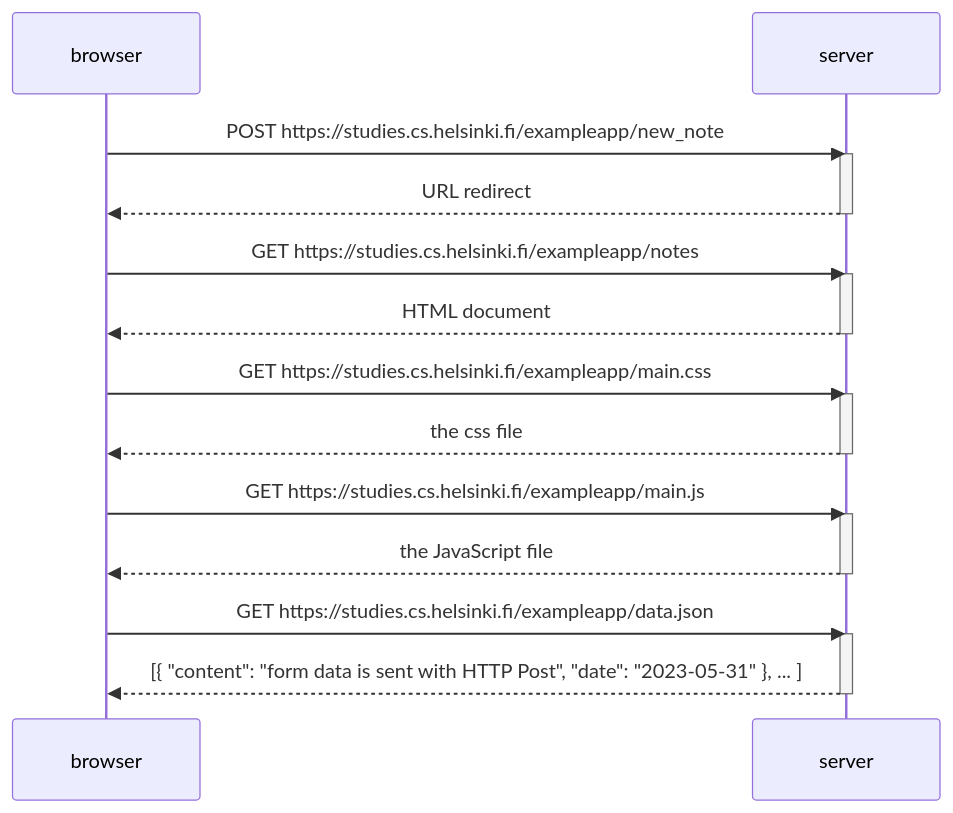
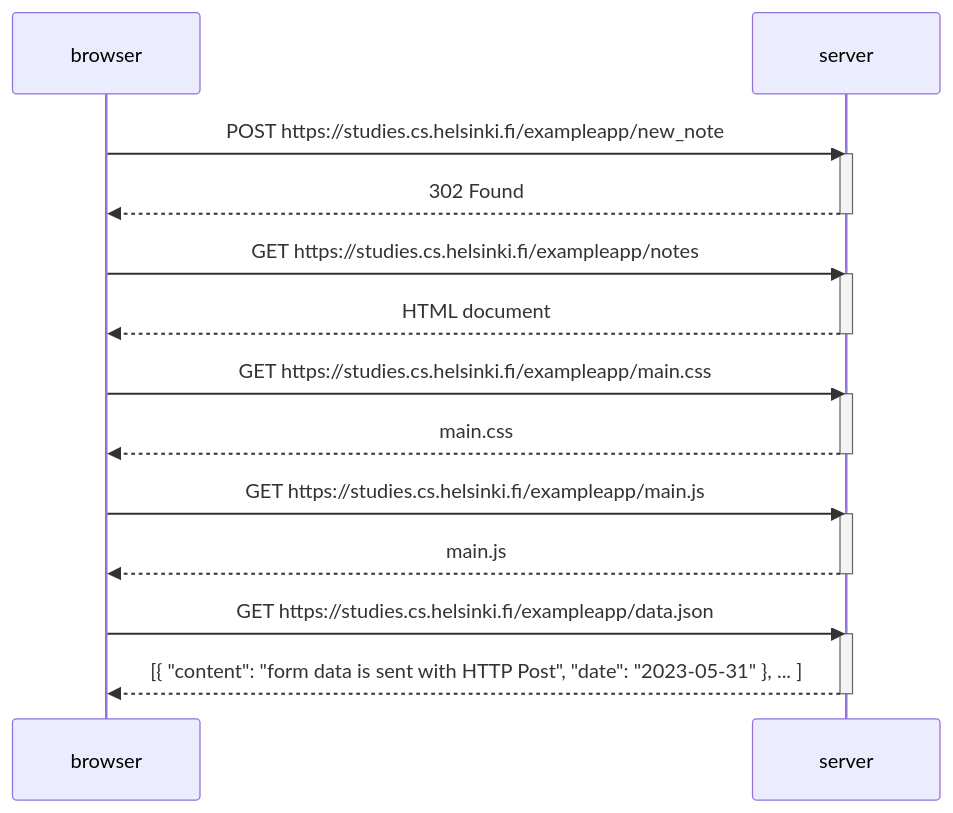
The diagram in part0/note.md (joekbullard/helsinki-mooc), drawn with Mermaid before and after one commit.

````diff
--- a/part0/note.md
+++ b/part0/note.md
@@ -1,31 +1,31 @@
 ```mermaid
 sequenceDiagram
     participant browser
     participant server
     
     browser->>server: POST https://studies.cs.helsinki.fi/exampleapp/new_note
     activate server
-    server-->>browser: URL redirect
+    server-->>browser: 302 Found
     deactivate server
     
     browser->>server: GET https://studies.cs.helsinki.fi/exampleapp/notes
     activate server
     server-->>browser: HTML document
     deactivate server
     
     browser->>server: GET https://studies.cs.helsinki.fi/exampleapp/main.css
     activate server
-    server-->>browser: the css file
+    server-->>browser: main.css
     deactivate server
 
     browser->>server: GET https://studies.cs.helsinki.fi/exampleapp/main.js
     activate server
-    server-->>browser: the JavaScript file
+    server-->>browser: main.js
     deactivate server
     
     browser->>server: GET https://studies.cs.helsinki.fi/exampleapp/data.json
     activate server
     server-->>browser: [{ "content": "form data is sent with HTTP Post", "date": "2023-05-31" }, ... ]
     deactivate server
 
 ```    
````
